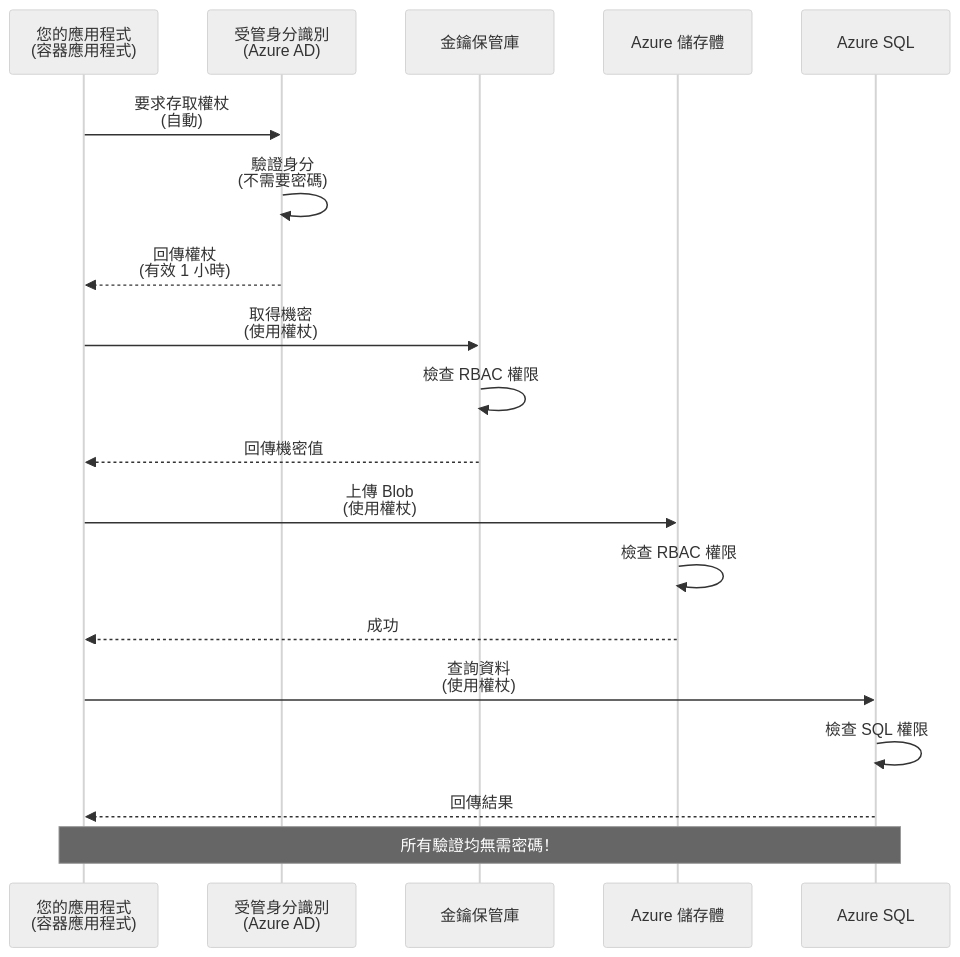
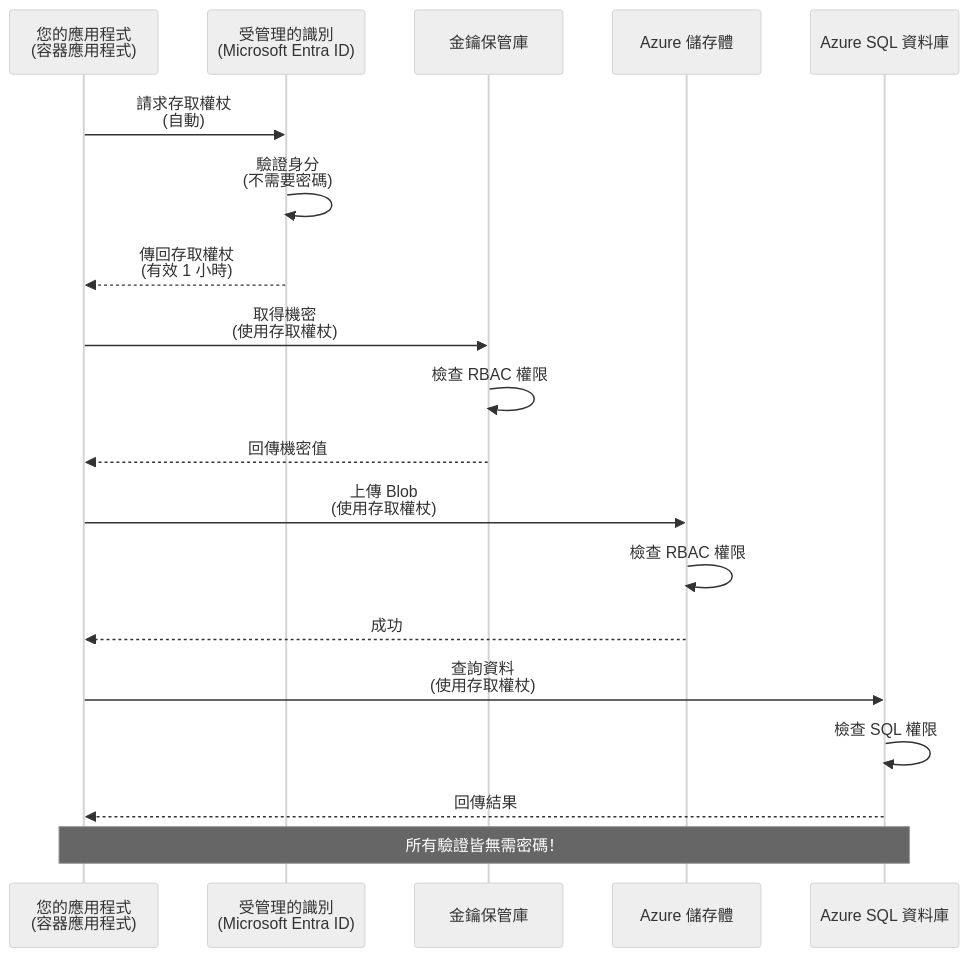
Before and after one commit to microsoft/AZD-for-beginners: the first of 2 diagrams in translations/zh-TW/docs/chapter-03-configuration/authsecurity.md, drawn with Mermaid (neutral theme). The commit also changed other lines of this file and 104 other files, not shown here.

````diff
--- a/translations/zh-TW/docs/chapter-03-configuration/authsecurity.md
+++ b/translations/zh-TW/docs/chapter-03-configuration/authsecurity.md
@@ -69,26 +69,26 @@
 ```mermaid
 sequenceDiagram
     participant App as 您的應用程式<br/>(容器應用程式)
-    participant MI as 受管身分識別<br/>(Azure AD)
+    participant MI as 受管理的識別<br/>(Microsoft Entra ID)
     participant KV as 金鑰保管庫
     participant Storage as Azure 儲存體
-    participant DB as Azure SQL
+    participant DB as Azure SQL 資料庫
     
-    App->>MI: 要求存取權杖<br/>(自動)
+    App->>MI: 請求存取權杖<br/>(自動)
     MI->>MI: 驗證身分<br/>(不需要密碼)
-    MI-->>App: 回傳權杖<br/>(有效 1 小時)
+    MI-->>App: 傳回存取權杖<br/>(有效 1 小時)
     
-    App->>KV: 取得機密<br/>(使用權杖)
+    App->>KV: 取得機密<br/>(使用存取權杖)
     KV->>KV: 檢查 RBAC 權限
     KV-->>App: 回傳機密值
     
-    App->>Storage: 上傳 Blob<br/>(使用權杖)
+    App->>Storage: 上傳 Blob<br/>(使用存取權杖)
     Storage->>Storage: 檢查 RBAC 權限
     Storage-->>App: 成功
     
-    App->>DB: 查詢資料<br/>(使用權杖)
+    App->>DB: 查詢資料<br/>(使用存取權杖)
     DB->>DB: 檢查 SQL 權限
     DB-->>App: 回傳結果
     
-    Note over App,DB: 所有驗證均無需密碼！
+    Note over App,DB: 所有驗證皆無需密碼！
 ```
````
